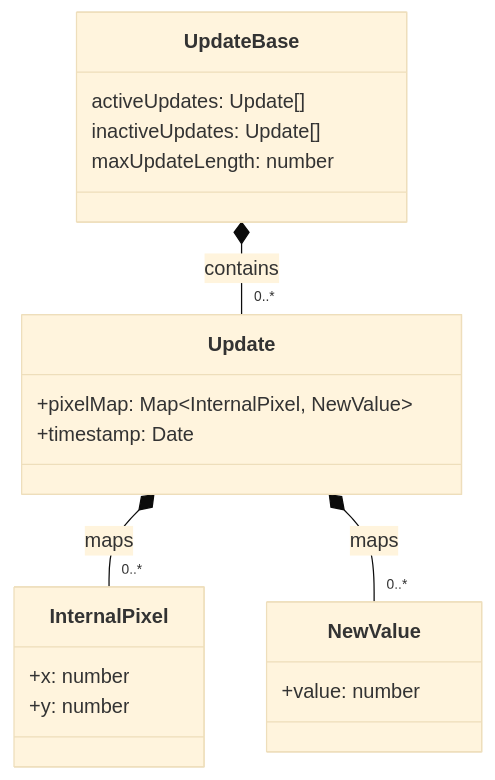
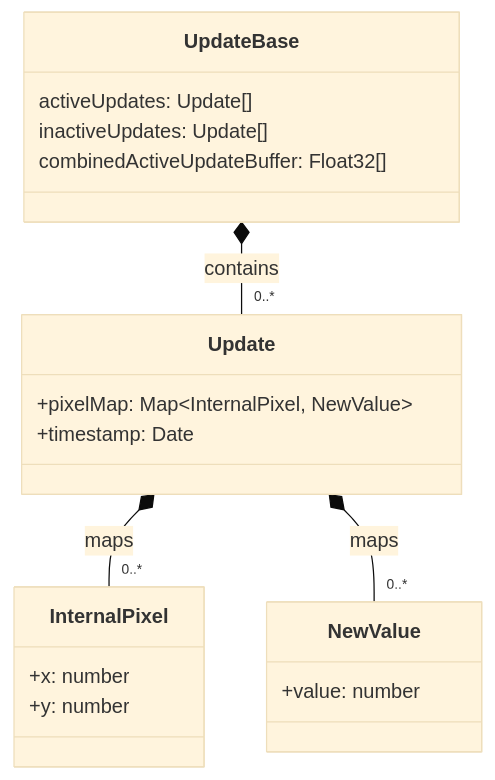
The diagram in docs/diagrams/update-data.md (Advanced-Software-Engineering-23IKI1/saft), drawn with Mermaid (base theme) before and after one commit. The commit also changed 3 other files, not shown here.

````diff
--- a/docs/diagrams/update-data.md
+++ b/docs/diagrams/update-data.md
@@ -3,28 +3,27 @@
 ```mermaid
 classDiagram
     class UpdateBase {
         activeUpdates: Update[]
         inactiveUpdates: Update[]
-        maxUpdateLength: number
-    }
+        combinedActiveUpdateBuffer: Float32[]    }
 
     class Update {
         +pixelMap: Map~InternalPixel, NewValue~
         +timestamp: Date
     }
 
     class InternalPixel {
         +x: number
         +y: number
     }
 
     class NewValue {
         +value: number
     }
 
     UpdateBase *-- "0..*" Update : contains
     Update *-- "0..*" InternalPixel : maps
     Update *-- "0..*" NewValue : maps
 
 
 ```
````
